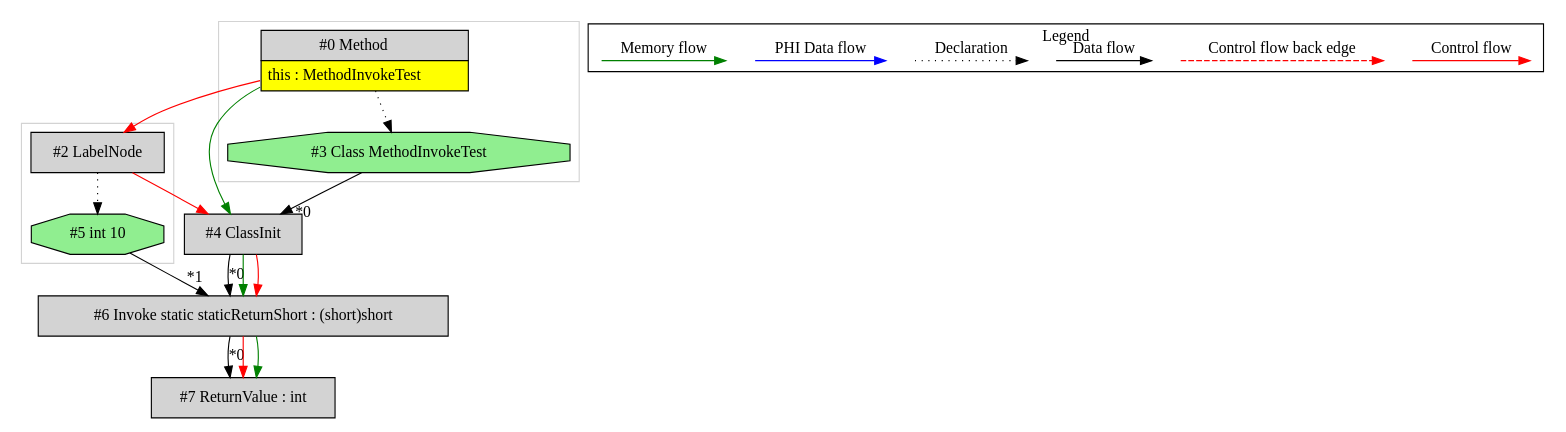
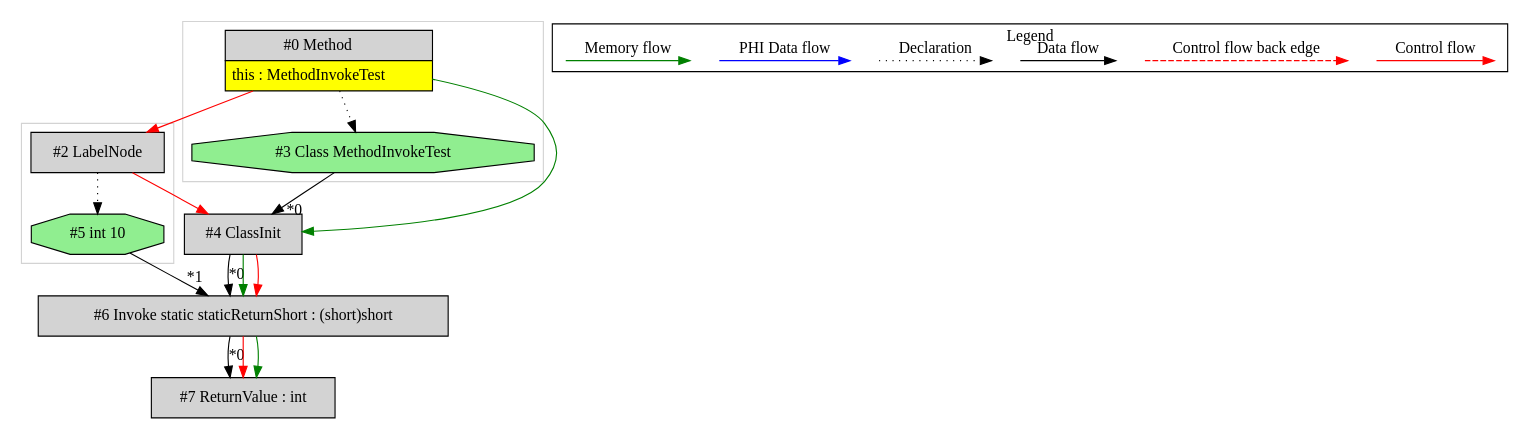
The diagram in de.mirkosertic.metair.ir.examples.MethodInvokeTest/returnShort/ir.dot (mirkosertic/MetaIR), drawn with Graphviz before and after one commit. The commit also changed other lines of this file and 462 other files, not shown here.

```diff
--- a/de.mirkosertic.metair.ir.examples.MethodInvokeTest/returnShort/ir.dot
+++ b/de.mirkosertic.metair.ir.examples.MethodInvokeTest/returnShort/ir.dot
@@ -1,59 +1,59 @@
 digraph {
  ordering="in";
  node0[margin="0", label=<<table border="0" cellborder="1" cellspacing="0" cellpadding="5"><tr><td colspan="1">#0 Method</td></tr><tr><td port="prj1" bgcolor="yellow">this : MethodInvokeTest</td></tr></table>>,shape=none, fillcolor=lightgrey, style=filled];
- node3[label="#3 Class MethodInvokeTest",shape=octagon, fillcolor=lightgreen, style=filled];
- node0 -> node3[style=dotted];
- node4[label="#4 ClassInit",shape=box, fillcolor=lightgrey, style=filled];
- node3 -> node4[headlabel="*0", labeldistance=2];
- node0 -> node4[labeldistance=2, color=green, constraint=false];
- node2 -> node4[labeldistance=2, color=red, fontcolor=red];
  node2[label="#2 LabelNode",shape=box, fillcolor=lightgrey, style=filled];
  node0 -> node2[labeldistance=2, color=red, fontcolor=red];
  node5[label="#5 int 10",shape=octagon, fillcolor=lightgreen, style=filled];
  node2 -> node5[style=dotted];
  node6[label="#6 Invoke static staticReturnShort : (short)short",shape=box, fillcolor=lightgrey, style=filled];
  node4 -> node6[headlabel="*0", labeldistance=2];
  node5 -> node6[headlabel="*1", labeldistance=2];
  node4 -> node6[labeldistance=2, color=green, constraint=false];
  node4 -> node6[labeldistance=2, color=red, fontcolor=red];
+ node4[label="#4 ClassInit",shape=box, fillcolor=lightgrey, style=filled];
+ node3 -> node4[headlabel="*0", labeldistance=2];
+ node0 -> node4[labeldistance=2, color=green, constraint=false];
+ node2 -> node4[labeldistance=2, color=red, fontcolor=red];
+ node3[label="#3 Class MethodInvokeTest",shape=octagon, fillcolor=lightgreen, style=filled];
+ node0 -> node3[style=dotted];
  node7[label="#7 ReturnValue : int",shape=box, fillcolor=lightgrey, style=filled];
  node6 -> node7[headlabel="*0", labeldistance=2];
  node6 -> node7[labeldistance=2, color=red, fontcolor=red];
  node6 -> node7[labeldistance=2, color=green, constraint=false];
  subgraph cluster_0 {
   color=lightgray;
-  node2;
-  node5;
+  node0;
+  node3;
  }
  subgraph cluster_1 {
   color=lightgray;
-  node0;
-  node3;
+  node2;
+  node5;
  }
  subgraph cluster_000 {
   label = "Legend";
   node [shape=point]
   {
    rank=same;
    c0 [style = invis];
    c1 [style = invis];
    c2 [style = invis];
    c3 [style = invis];
    d0 [style = invis];
    d1 [style = invis];
    d2 [style = invis];
    d3 [style = invis];
    d4 [style = invis];
    d5 [style = invis];
    d6 [style = invis];
    d7 [style = invis];
   }
   c0 -> c1 [label="Control flow", style=solid, color=red]
   c2 -> c3 [label="Control flow back edge", style=dashed, color=red]
   d0 -> d1 [label="Data flow"]
   d2 -> d3 [label="Declaration", style=dotted]
   d4 -> d5 [label="PHI Data flow", color=blue]
   d6 -> d7 [label="Memory flow", color=green]
  }
 
 }
```
